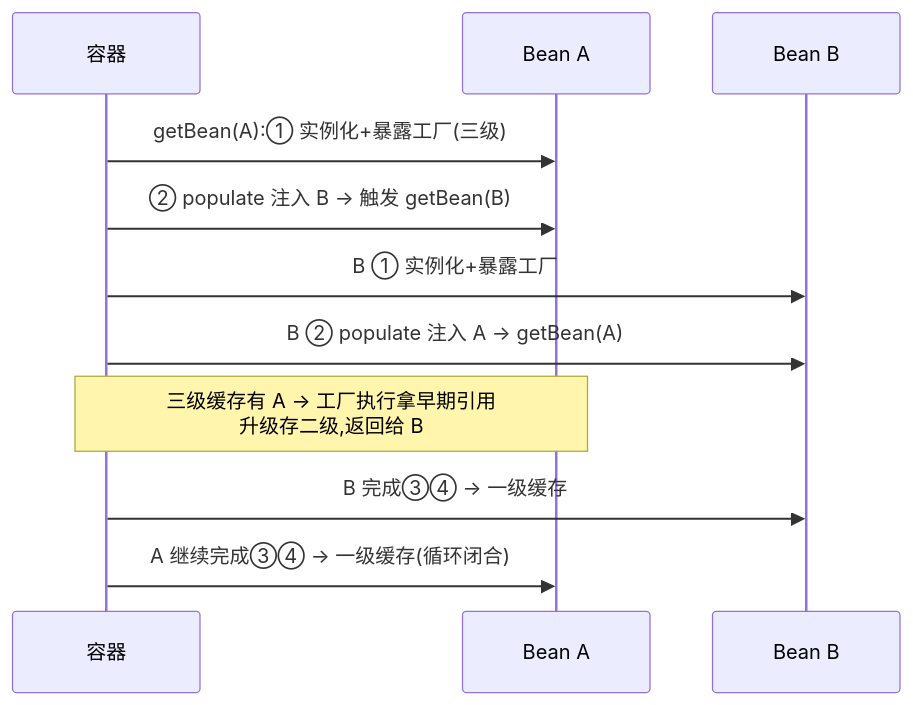
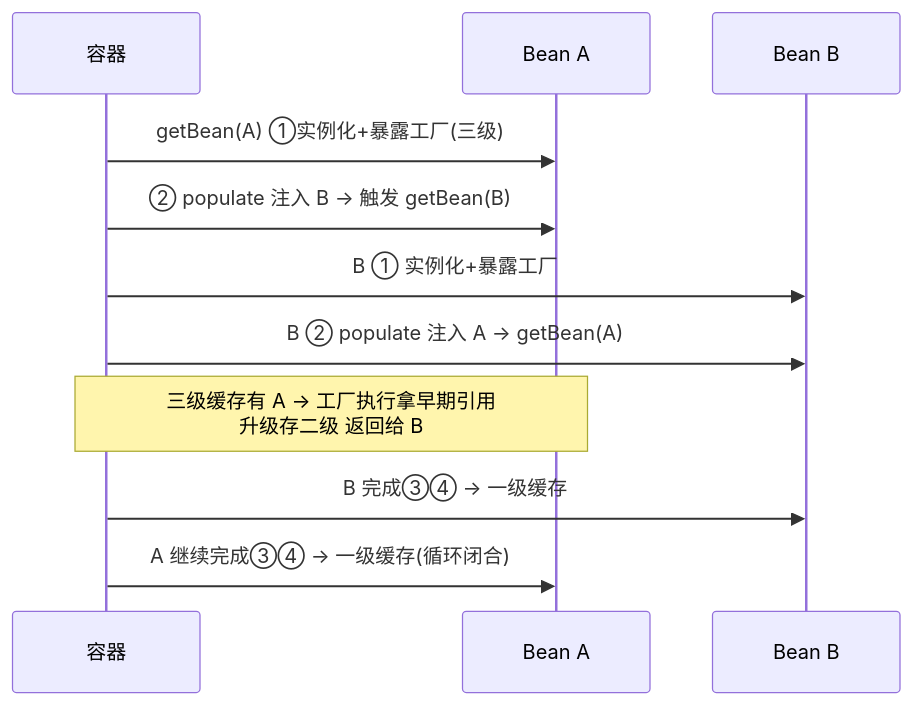
One commit to xiaobo1997/programmer-knowledge-graph changed the second of 3 diagrams in docs/backend/java/ecosystem/spring-boot/特性层/深入理解IoC容器/2_Bean生命周期与三级缓存源码-深度.md. Above: the diagram before and after it, drawn with Mermaid. The commit also changed other lines of this file and 137 other files, not shown here.

````diff
--- a/docs/backend/java/ecosystem/spring-boot/特性层/深入理解IoC容器/2_Bean生命周期与三级缓存源码-深度.md
+++ b/docs/backend/java/ecosystem/spring-boot/特性层/深入理解IoC容器/2_Bean生命周期与三级缓存源码-深度.md
@@ -58,13 +58,13 @@
 ```mermaid
 sequenceDiagram
     participant C as 容器
     participant A as Bean A
     participant B as Bean B
-    C->>A: getBean(A):① 实例化+暴露工厂(三级)
+    C->>A: getBean(A) ①实例化+暴露工厂(三级)
     C->>A: ② populate 注入 B → 触发 getBean(B)
     C->>B: B ① 实例化+暴露工厂
     C->>B: B ② populate 注入 A → getBean(A)
-    Note over C,A: 三级缓存有 A → 工厂执行拿早期引用<br/>升级存二级,返回给 B
+    Note over C,A: 三级缓存有 A → 工厂执行拿早期引用<br/>升级存二级 返回给 B
     C->>B: B 完成③④ → 一级缓存
     C->>A: A 继续完成③④ → 一级缓存(循环闭合)
 ```
````
